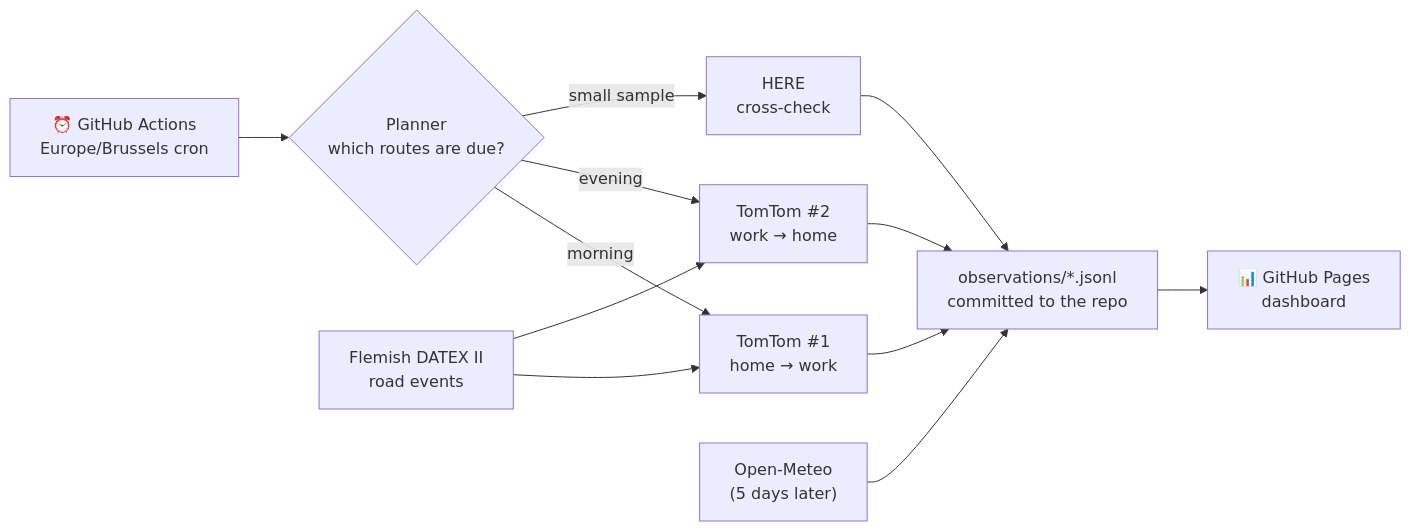
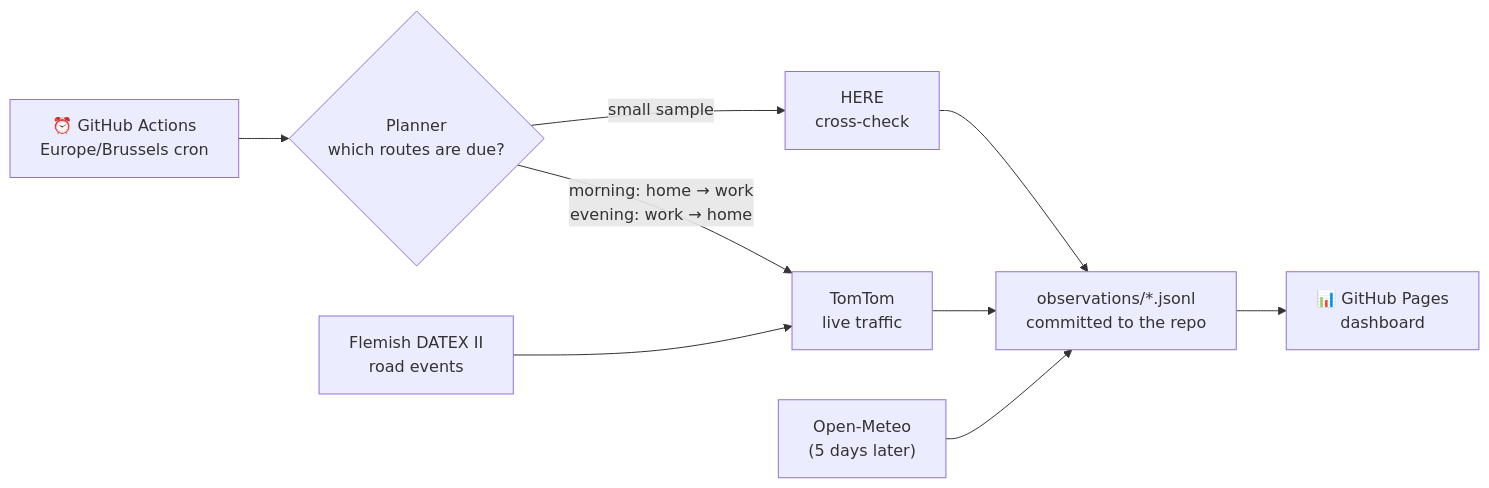
The diagram in README.md (kvandebeek/travelsmart), drawn with Mermaid before and after one commit. The commit also changed other lines of this file, not shown here.

Commit message:
README: present TomTom as a single source

````diff
--- a/README.md
+++ b/README.md
@@ -41,11 +41,10 @@
 ```mermaid
 flowchart LR
     A["⏰ GitHub Actions<br/>Europe/Brussels cron"] --> B{"Planner<br/>which routes are due?"}
-    B -->|morning| C["TomTom #1<br/>home → work"]
-    B -->|evening| D["TomTom #2<br/>work → home"]
+    B -->|"morning: home → work<br/>evening: work → home"| C["TomTom<br/>live traffic"]
     B -->|small sample| E["HERE<br/>cross-check"]
-    C & D & E --> F["observations/*.jsonl<br/>committed to the repo"]
+    C & E --> F["observations/*.jsonl<br/>committed to the repo"]
     G["Open-Meteo<br/>(5 days later)"] --> F
-    H["Flemish DATEX II<br/>road events"] --> C & D
+    H["Flemish DATEX II<br/>road events"] --> C
     F --> I["📊 GitHub Pages<br/>dashboard"]
 ```
````
